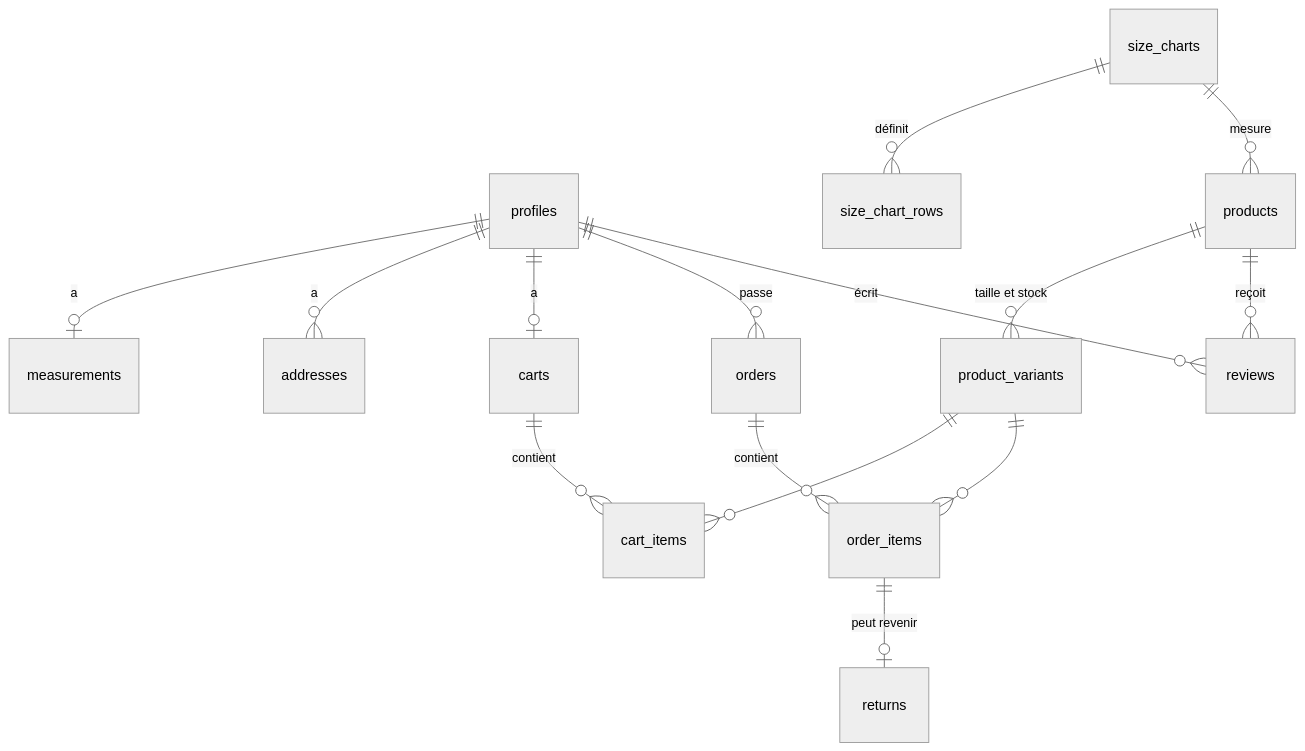
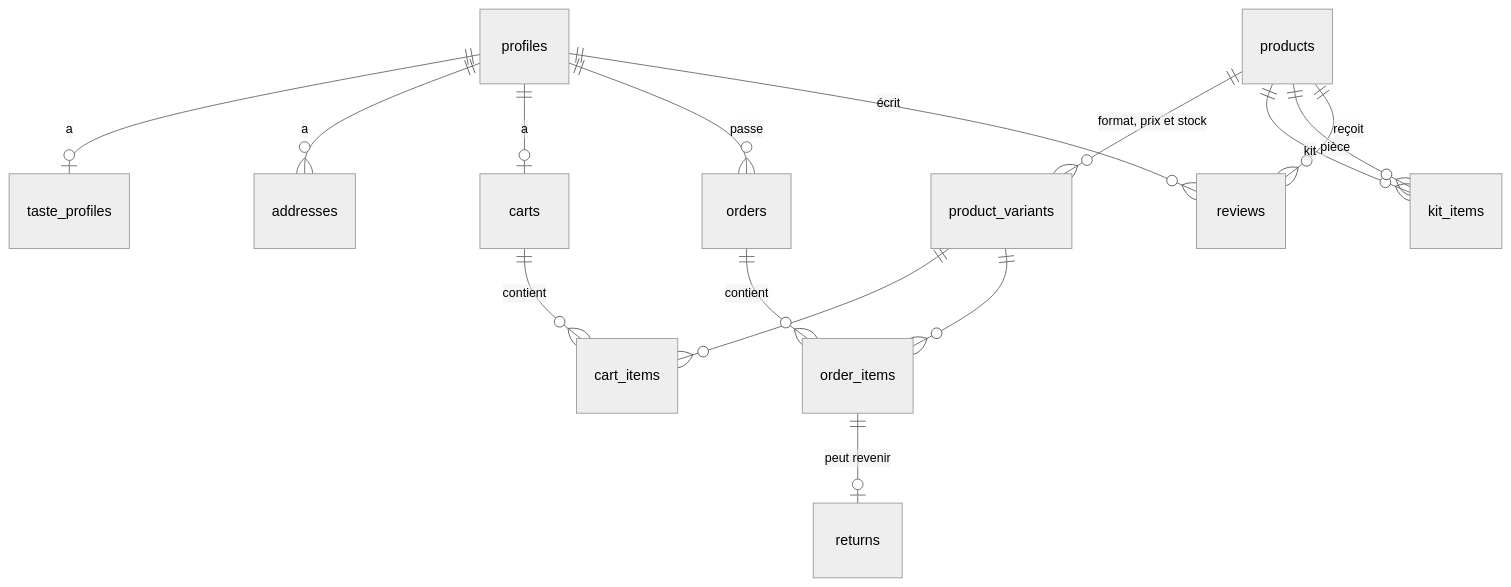
The diagram in README.md (abienaime-cyber/projet-galaad), drawn with Mermaid (neutral theme) before and after one commit. The commit also changed other lines of this file and 204 other files, not shown here.

````diff
--- a/README.md
+++ b/README.md
@@ -95,17 +96,17 @@
 ```mermaid
 erDiagram
-  profiles ||--o| measurements : "a"
+  profiles ||--o| taste_profiles : "a"
   profiles ||--o{ addresses : "a"
   profiles ||--o| carts : "a"
   carts ||--o{ cart_items : "contient"
   product_variants ||--o{ cart_items : ""
-  size_charts ||--o{ size_chart_rows : "définit"
-  size_charts ||--o{ products : "mesure"
-  products ||--o{ product_variants : "taille et stock"
+  products ||--o{ product_variants : "format, prix et stock"
+  products ||--o{ kit_items : "kit"
+  products ||--o{ kit_items : "pièce"
   profiles ||--o{ orders : "passe"
   orders ||--o{ order_items : "contient"
   product_variants ||--o{ order_items : ""
   order_items ||--o| returns : "peut revenir"
   products ||--o{ reviews : "reçoit"
   profiles ||--o{ reviews : "écrit"
 ```
````
